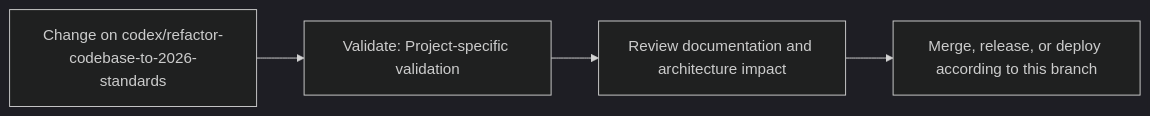
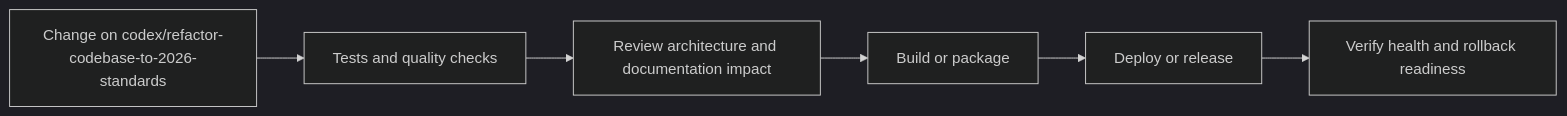
One commit to Nischhalsubba/Creative-Agency changed the fourth of 5 diagrams in README.md. Above: the diagram before and after it, drawn with Mermaid (dark theme). The commit also changed other lines of this file, not shown here.

````diff
--- a/README.md
+++ b/README.md
@@ -55,8 +123,8 @@
 ```mermaid
 flowchart LR
-    CHANGE["Change on codex/refactor-codebase-to-2026-standards"]
-    CHECK["Validate: Project-specific validation"]
-    REVIEW["Review documentation and architecture impact"]
-    RELEASE["Merge, release, or deploy according to this branch"]
-    CHANGE --> CHECK --> REVIEW --> RELEASE
+    CHANGE["Change on codex/refactor-codebase-to-2026-standards"] --> CHECK["Tests and quality checks"]
+    CHECK --> REVIEW["Review architecture and documentation impact"]
+    REVIEW --> BUILD["Build or package"]
+    BUILD --> DEPLOY["Deploy or release"]
+    DEPLOY --> VERIFY["Verify health and rollback readiness"]
 ```
````
